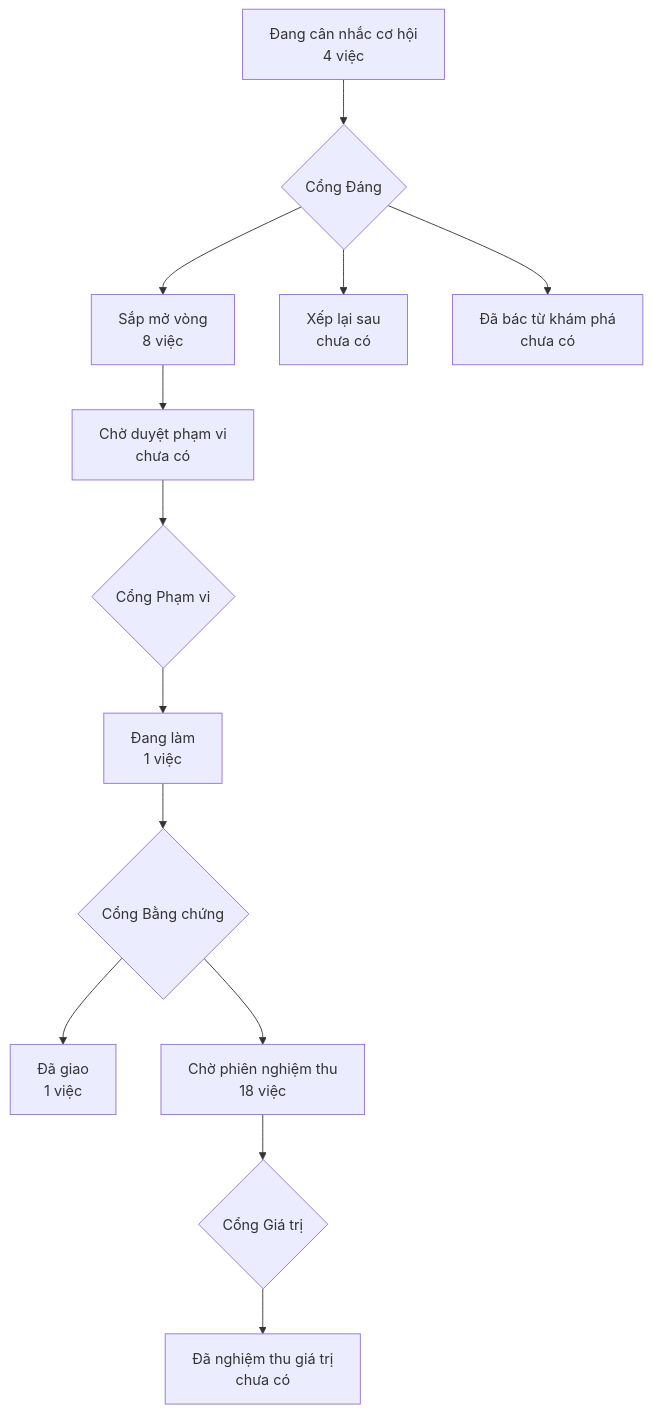
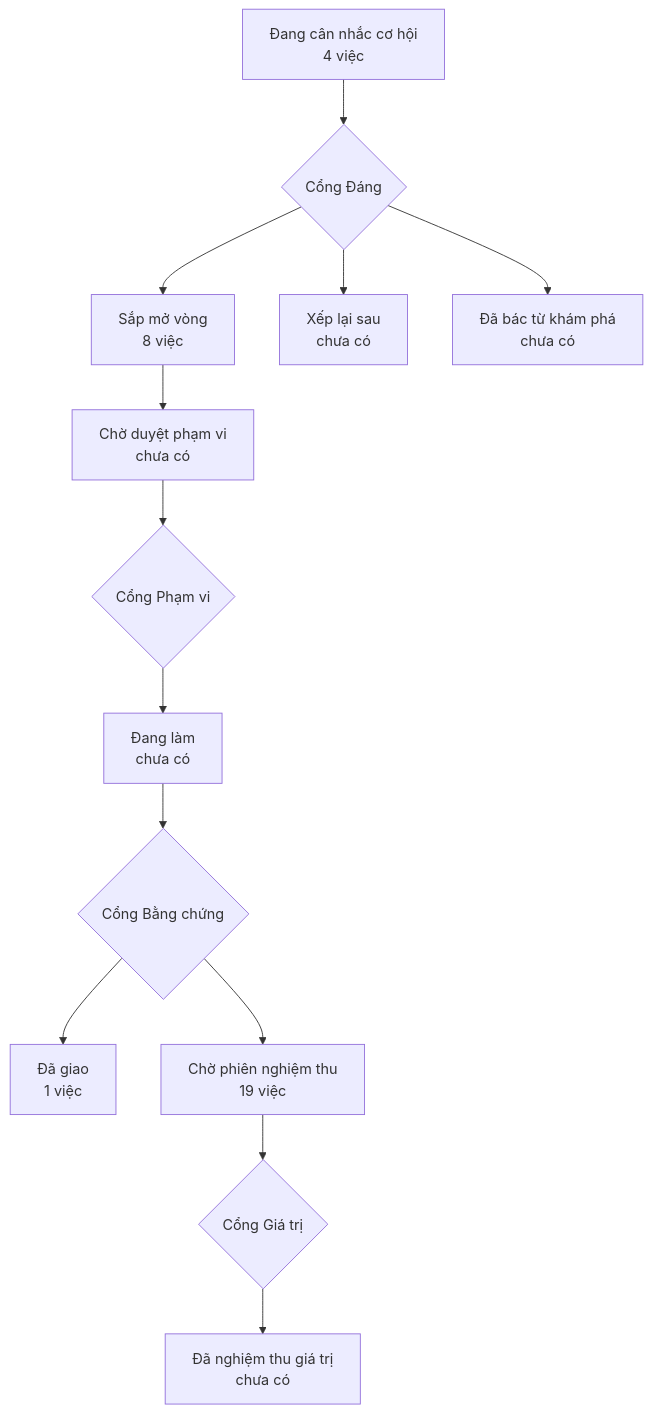
Before and after one commit to phanlemanh/onehub-inventory: the diagram in PRODUCT-MAP.md, drawn with Mermaid. The commit also changed other lines of this file and 4 other files, not shown here.

````diff
--- a/PRODUCT-MAP.md
+++ b/PRODUCT-MAP.md
@@ -7,12 +7,12 @@
 ```mermaid
 flowchart TD
   A["Đang cân nhắc cơ hội<br/>4 việc"] --> GD{"Cổng Đáng"}
   GD --> B["Sắp mở vòng<br/>8 việc"]
   GD --> XL["Xếp lại sau<br/>chưa có"]
   GD --> DB["Đã bác từ khám phá<br/>chưa có"]
   B --> CD["Chờ duyệt phạm vi<br/>chưa có"] --> GP{"Cổng Phạm vi"}
-  GP --> DL["Đang làm<br/>1 việc"] --> GB{"Cổng Bằng chứng"}
+  GP --> DL["Đang làm<br/>chưa có"] --> GB{"Cổng Bằng chứng"}
   GB --> DG["Đã giao<br/>1 việc"]
-  GB --> CN["Chờ phiên nghiệm thu<br/>18 việc"] --> GG{"Cổng Giá trị"}
+  GB --> CN["Chờ phiên nghiệm thu<br/>19 việc"] --> GG{"Cổng Giá trị"}
   GG --> NT["Đã nghiệm thu giá trị<br/>chưa có"]
 ```
````
